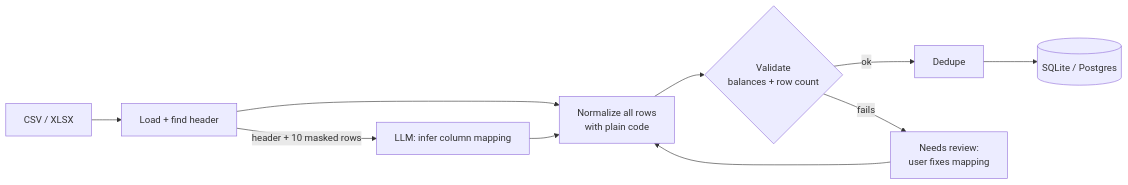
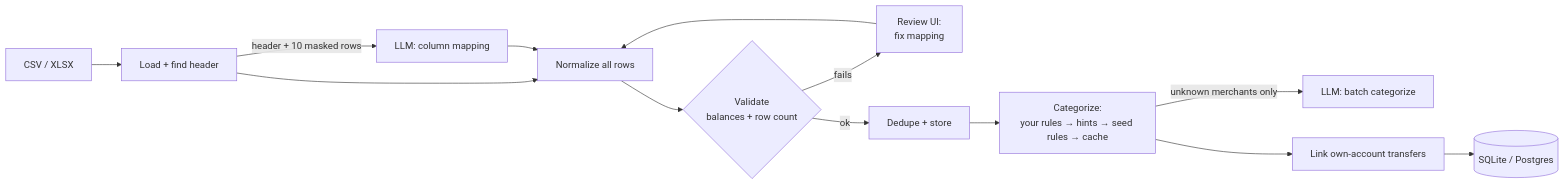
One commit to Aditya-MC/statement-whisperer changed the diagram in README.md. Above: the diagram before and after it, drawn with Mermaid. The commit also changed other lines of this file and 4 other files, not shown here.

````diff
--- a/README.md
+++ b/README.md
@@ -11,11 +24,14 @@
 ```mermaid
 flowchart LR
     F[CSV / XLSX] --> L[Load + find header]
-    L -->|header + 10 masked rows| LLM[LLM: infer column mapping]
-    L --> N[Normalize all rows<br/>with plain code]
-    LLM --> N
+    L -->|header + 10 masked rows| LLM1[LLM: column mapping]
+    L --> N[Normalize all rows]
+    LLM1 --> N
     N --> V{Validate<br/>balances + row count}
-    V -->|ok| D[Dedupe] --> DB[(SQLite / Postgres)]
-    V -->|fails| R[Needs review:<br/>user fixes mapping]
-    R --> N
+    V -->|fails| R[Review UI:<br/>fix mapping] --> N
+    V -->|ok| D[Dedupe + store]
+    D --> C[Categorize:<br/>your rules → hints → seed rules → cache]
+    C -->|unknown merchants only| LLM2[LLM: batch categorize]
+    C --> T[Link own-account transfers]
+    T --> DB[(SQLite / Postgres)]
 ```
````
